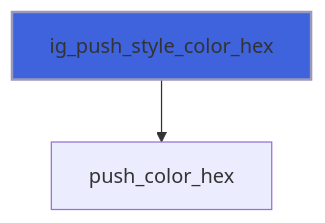
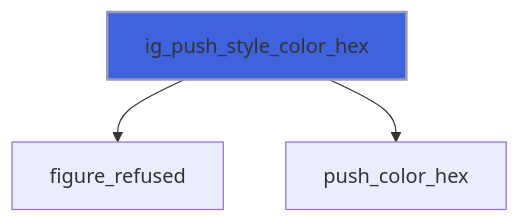
Before and after one commit to szaghi/figure: the sixth of 44 diagrams in docs/api/src/lib/figure_style.md, drawn with Mermaid. The commit also changed other lines of this file and 10 other files, not shown here.

````diff
--- a/docs/api/src/lib/figure_style.md
+++ b/docs/api/src/lib/figure_style.md
@@ -288,5 +292,6 @@
 ```mermaid
 flowchart TD
+  ig_push_style_color_hex["ig_push_style_color_hex"] --> figure_refused["figure_refused"]
   ig_push_style_color_hex["ig_push_style_color_hex"] --> push_color_hex["push_color_hex"]
   style ig_push_style_color_hex fill:#3e63dd,stroke:#99b,stroke-width:2px
 ```
````
